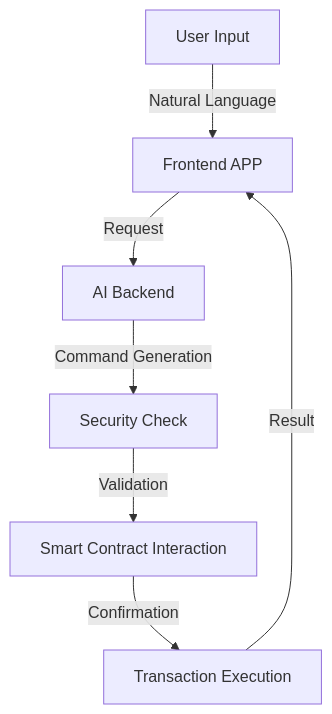
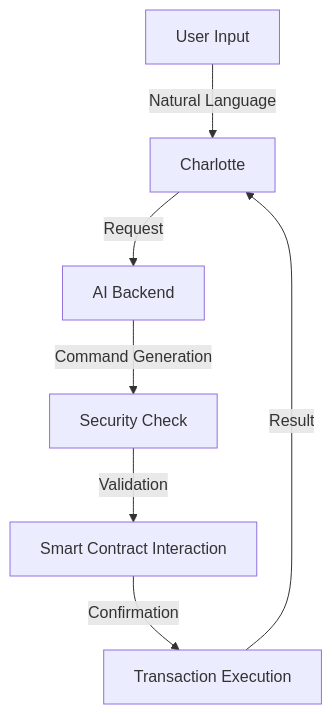
Before and after one commit to HappyFox001/EAM: the diagram in README.md, drawn with Mermaid. The commit also changed other lines of this file, not shown here.

````diff
--- a/README.md
+++ b/README.md
@@ -49,9 +55,9 @@
 ```mermaid
 graph TD
-    A[User Input] -->|Natural Language| B[Frontend APP]
+    A[User Input] -->|Natural Language| B[Charlotte]
     B -->|Request| C[AI Backend]
     C -->|Command Generation| D[Security Check]
     D -->|Validation| E[Smart Contract Interaction]
     E -->|Confirmation| F[Transaction Execution]
     F -->|Result| B
 ```
````
